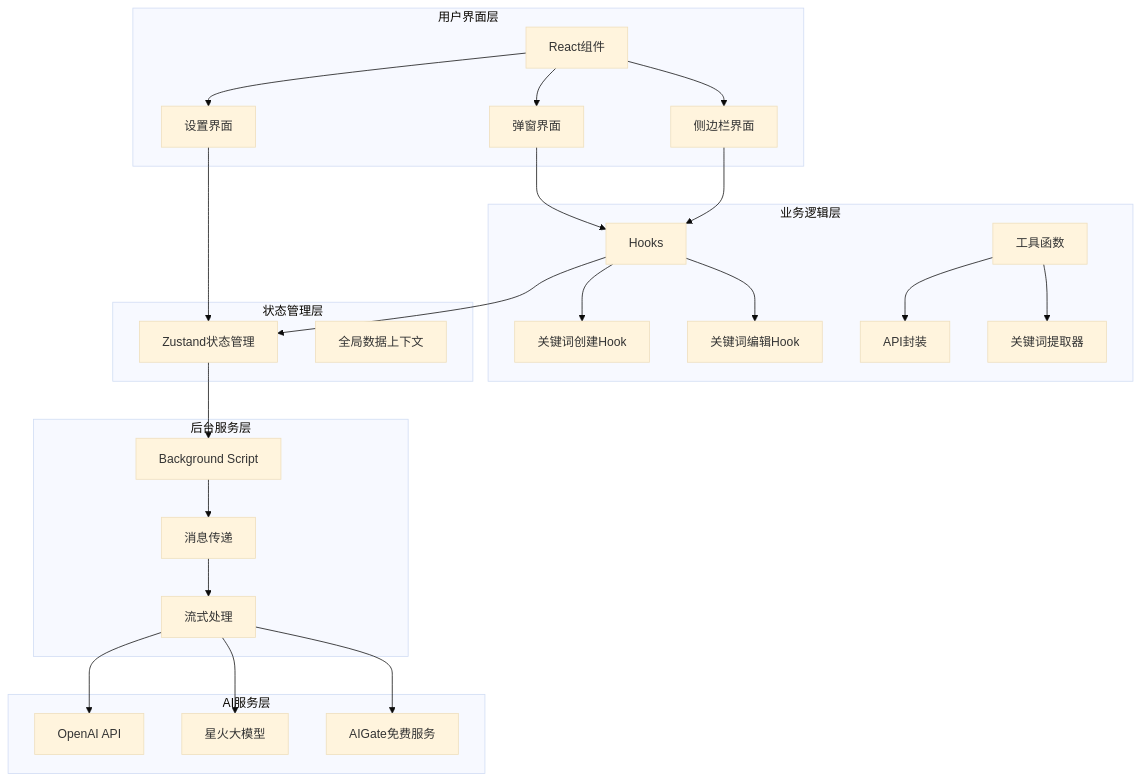
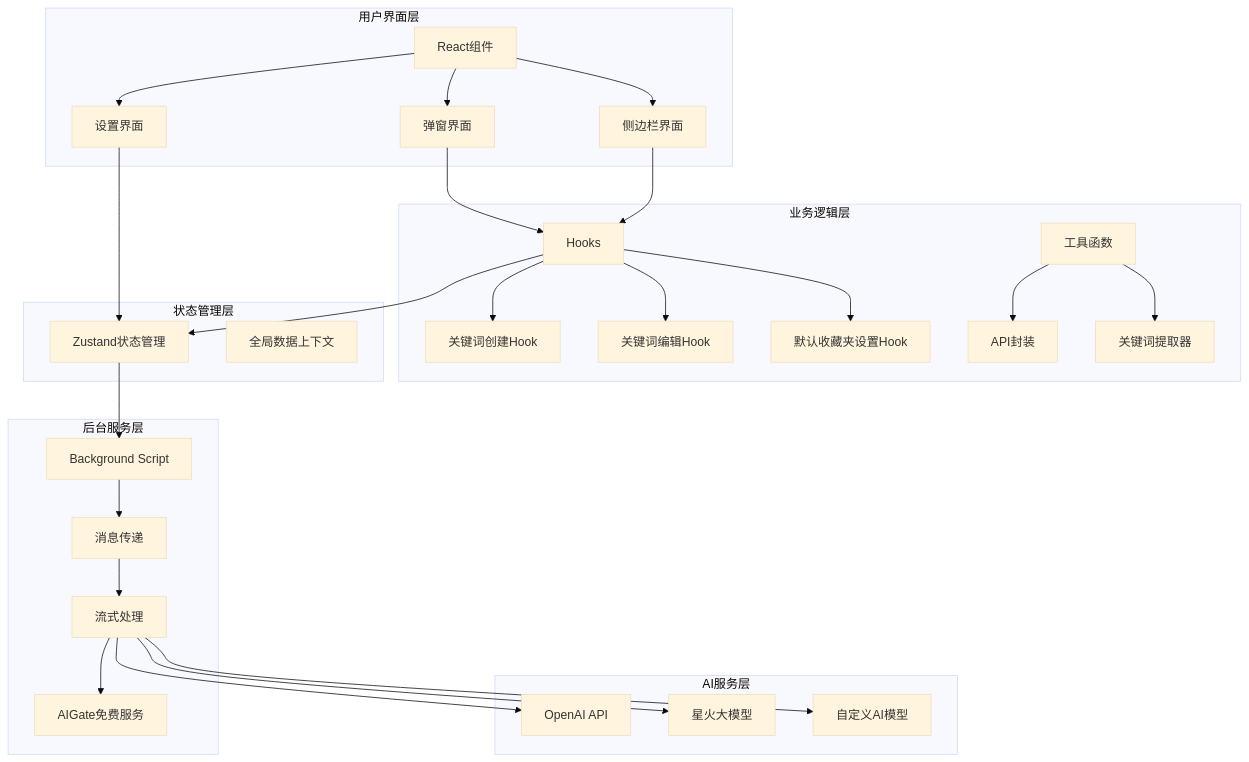
Before and after one commit to RadiumAg/bilibili-favorites: the second of 12 diagrams in .qoder/repowiki/zh/content/核心功能模块/AI关键词提取系统.md, drawn with Mermaid (base theme). The commit also changed other lines of this file and 2 other files, not shown here.

````diff
--- a/.qoder/repowiki/zh/content/核心功能模块/AI关键词提取系统.md
+++ b/.qoder/repowiki/zh/content/核心功能模块/AI关键词提取系统.md
@@ -126,38 +149,41 @@
 ```mermaid
 graph TB
 subgraph "用户界面层"
 UI[React组件] --> Popup[弹窗界面]
 UI --> SidePanel[侧边栏界面]
 UI --> Options[设置界面]
 end
 subgraph "业务逻辑层"
 Hook[Hooks] --> CreateKeyword[关键词创建Hook]
 Hook --> EditKeyword[关键词编辑Hook]
+Hook --> SetDefaultFav[默认收藏夹设置Hook]
 Utils[工具函数] --> API[API封装]
 Utils --> Extractor[关键词提取器]
 end
 subgraph "状态管理层"
 Store[Zustand状态管理]
 GlobalData[全局数据上下文]
 end
 subgraph "后台服务层"
 Background[Background Script]
 Message[消息传递]
 Stream[流式处理]
+AIGate[AIGate免费服务]
 end
 subgraph "AI服务层"
 OpenAI[OpenAI API]
 Spark[星火大模型]
-AIGate[AIGate免费服务]
+Custom[自定义AI模型]
 end
 Popup --> Hook
 SidePanel --> Hook
 Options --> Store
 Hook --> Store
 Store --> Background
 Background --> Message
 Message --> Stream
 Stream --> OpenAI
 Stream --> Spark
+Stream --> Custom
 Stream --> AIGate
 ```
````
